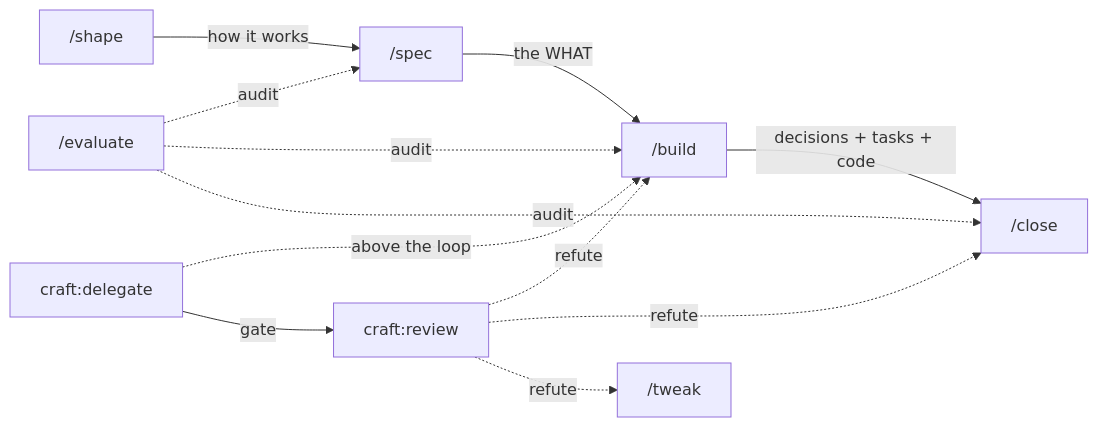
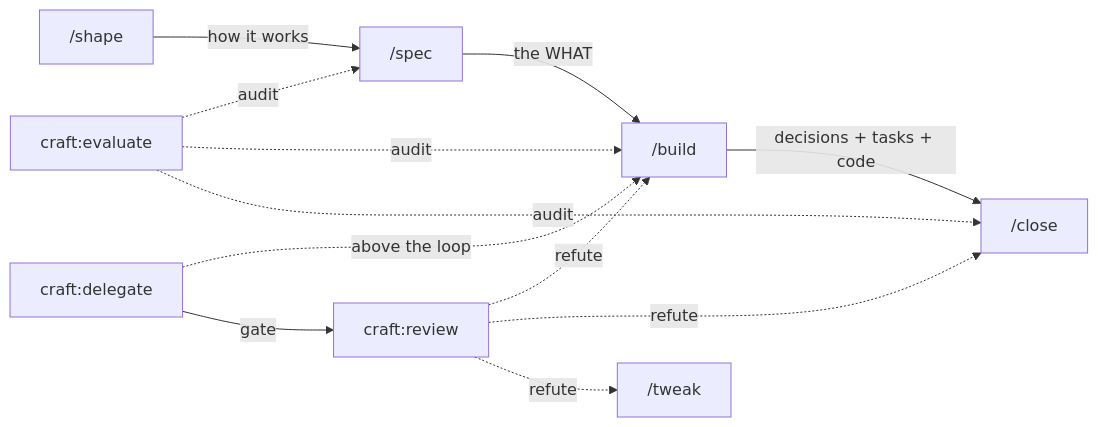
Before and after one commit to juanwmedia/craft: the diagram in README.md, drawn with Mermaid. The commit also changed other lines of this file and 6 other files, not shown here.

````diff
--- a/README.md
+++ b/README.md
@@ -31,14 +31,14 @@
 ```mermaid
 graph LR
     X["/shape"] -->|how it works| S["/spec"]
     S -->|the WHAT| B["/build"]
     B -->|decisions + tasks + code| C["/close"]
-    E["/evaluate"] -.->|audit| S
+    E["craft:evaluate"] -.->|audit| S
     E -.->|audit| B
     E -.->|audit| C
     R["craft:review"] -.->|refute| B
     R -.->|refute| C
     R -.->|refute| T["/tweak"]
     D["craft:delegate"] -.->|above the loop| B
     D -->|gate| R
 ```
````
